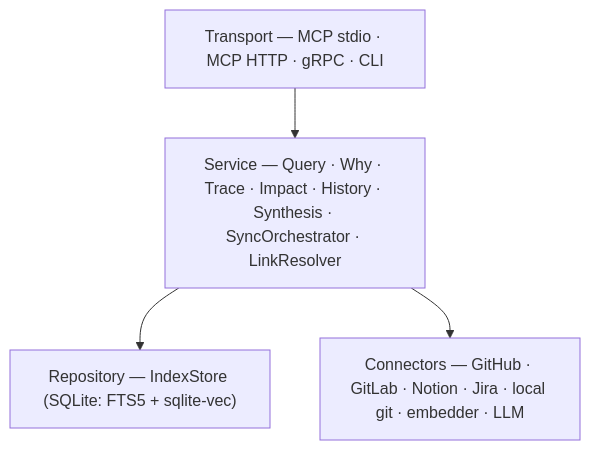
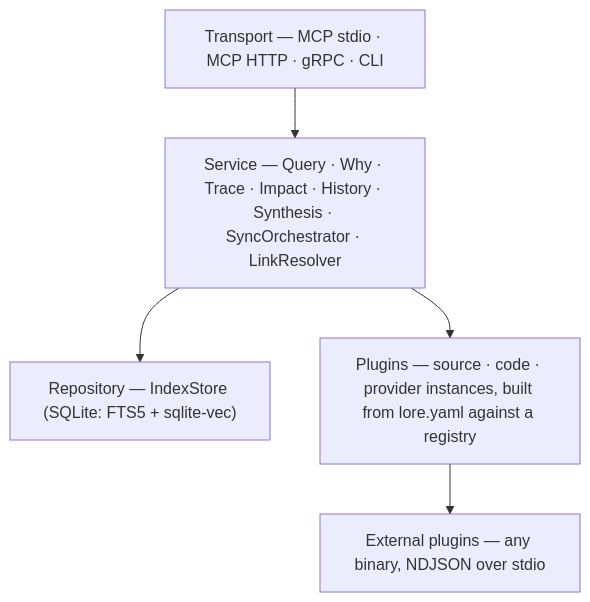
Before and after one commit to setthasit/Lore: the diagram in README.md, drawn with Mermaid. The commit also changed other lines of this file and 462 other files, not shown here.

First line of the commit message:
Refactor to plugin architecture (#33)

````diff
--- a/README.md
+++ b/README.md
@@ -221,10 +317,12 @@
 ```mermaid
 flowchart TB
     T["Transport — MCP stdio · MCP HTTP · gRPC · CLI"]
     S["Service — Query · Why · Trace · Impact · History · Synthesis · SyncOrchestrator · LinkResolver"]
     R["Repository — IndexStore (SQLite: FTS5 + sqlite-vec)"]
-    C["Connectors — GitHub · GitLab · Notion · Jira · local git · embedder · LLM"]
+    C["Plugins — source · code · provider instances, built from lore.yaml against a registry"]
+    X["External plugins — any binary, NDJSON over stdio"]
     T --> S
     S --> R
     S --> C
+    C --> X
 ```
````
